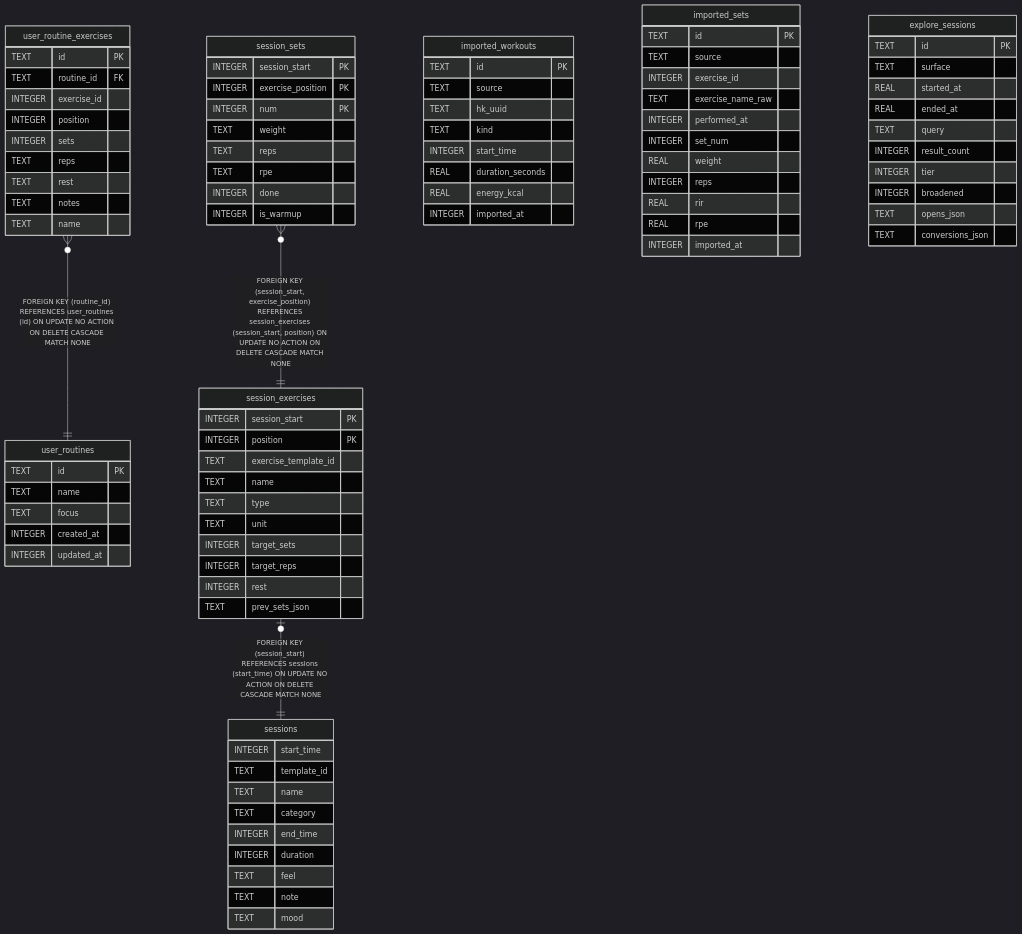
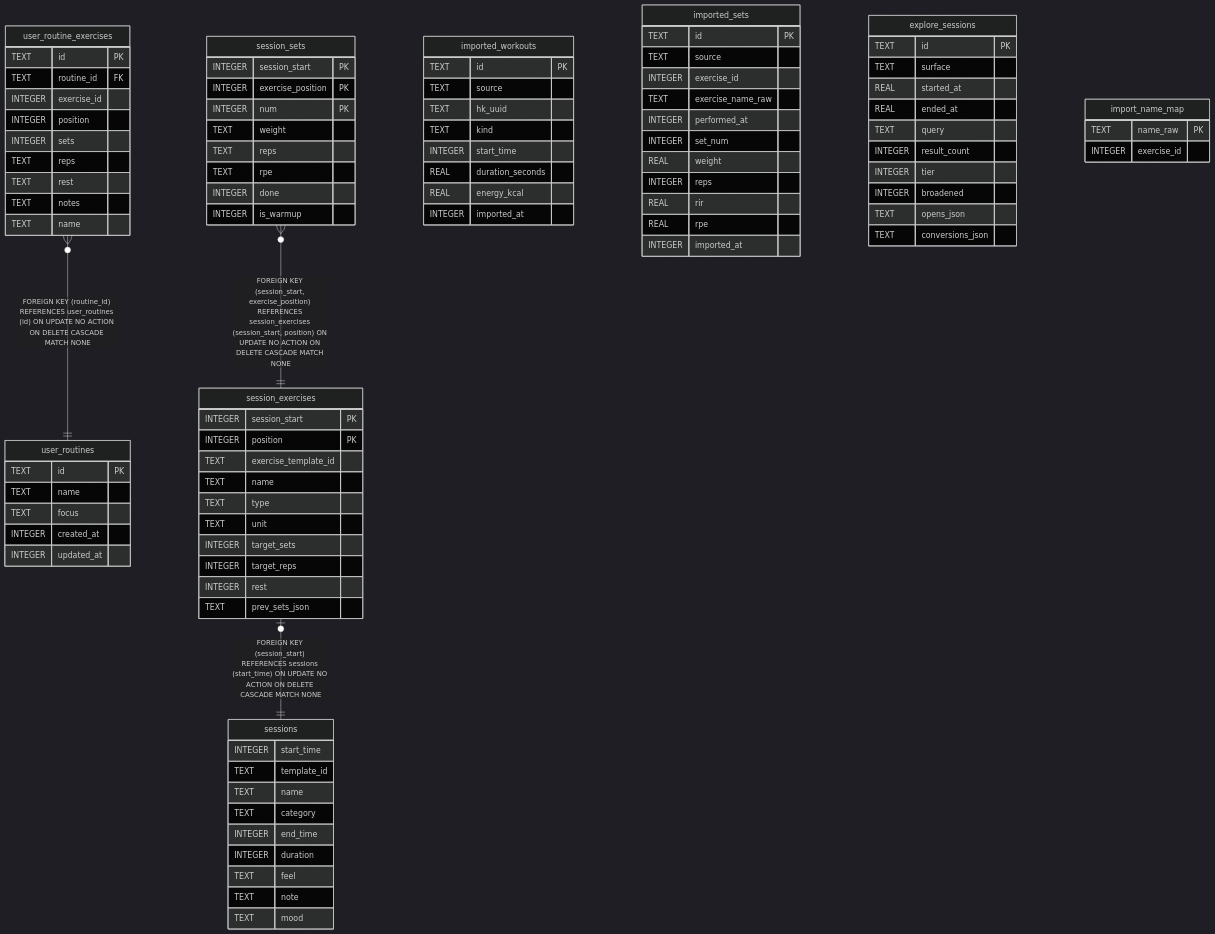
One commit to wilburwing-art/phase-training2 changed the diagram in docs/schema/user/README.md. Above: the diagram before and after it, drawn with Mermaid (dark theme). The commit also changed other lines of this file and 19 other files, not shown here.

````diff
--- a/docs/schema/user/README.md
+++ b/docs/schema/user/README.md
@@ -112,4 +113,8 @@
   TEXT opens_json
   TEXT conversions_json
 }
+"import_name_map" {
+  TEXT name_raw PK
+  INTEGER exercise_id
+}
 ```
````
